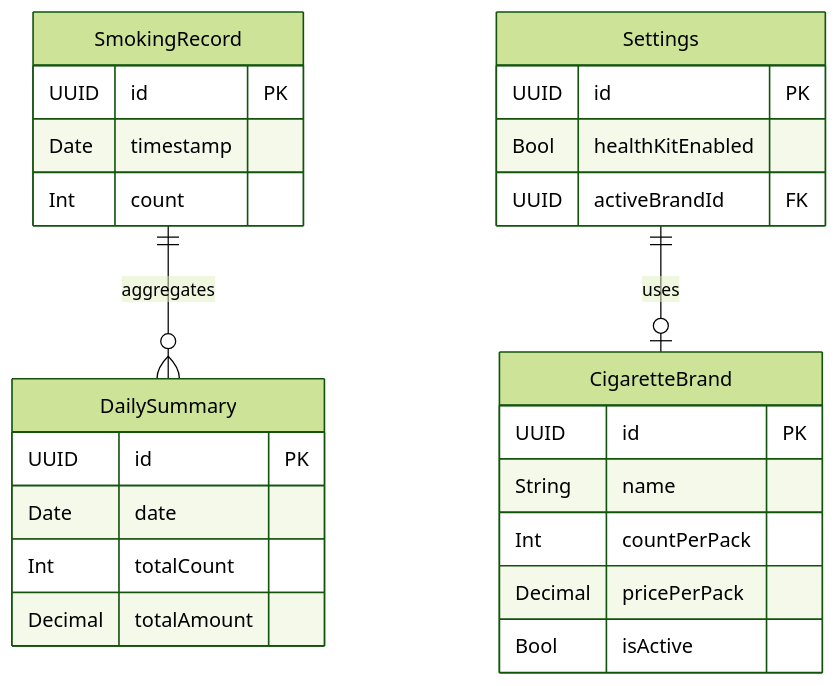
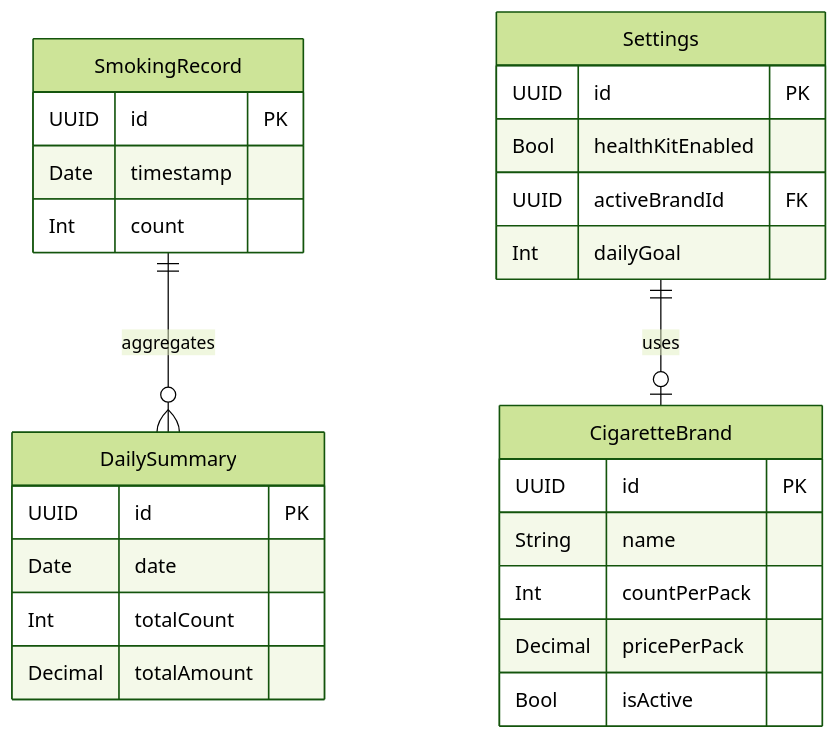
Before and after one commit to junya-prg/Smoker: the third of 3 diagrams in docs/requirements.md, drawn with Mermaid (forest theme). The commit also changed other lines of this file and 79 other files, not shown here.

````diff
--- a/docs/requirements.md
+++ b/docs/requirements.md
@@ -192,32 +233,33 @@
 ```mermaid
 erDiagram
     SmokingRecord {
         UUID id PK
         Date timestamp
         Int count
     }
     
     DailySummary {
         UUID id PK
         Date date
         Int totalCount
         Decimal totalAmount
     }
     
     CigaretteBrand {
         UUID id PK
         String name
         Int countPerPack
         Decimal pricePerPack
         Bool isActive
     }
     
     Settings {
         UUID id PK
         Bool healthKitEnabled
         UUID activeBrandId FK
+        Int dailyGoal
     }
     
     SmokingRecord ||--o{ DailySummary : "aggregates"
     Settings ||--o| CigaretteBrand : "uses"
 ```
````
